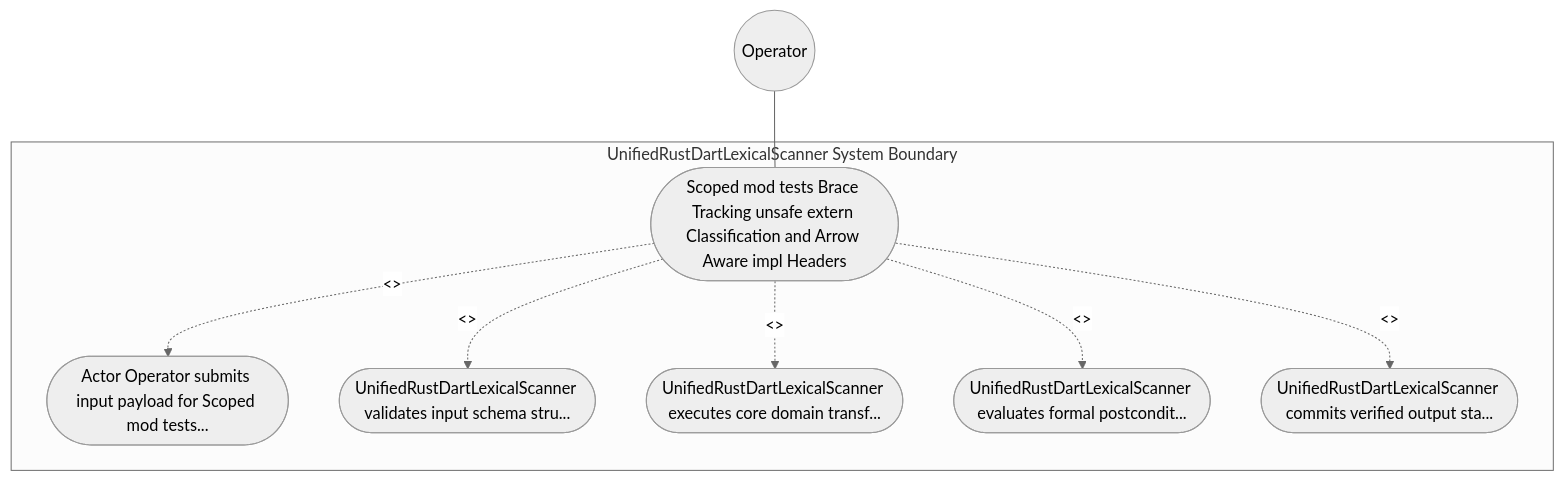
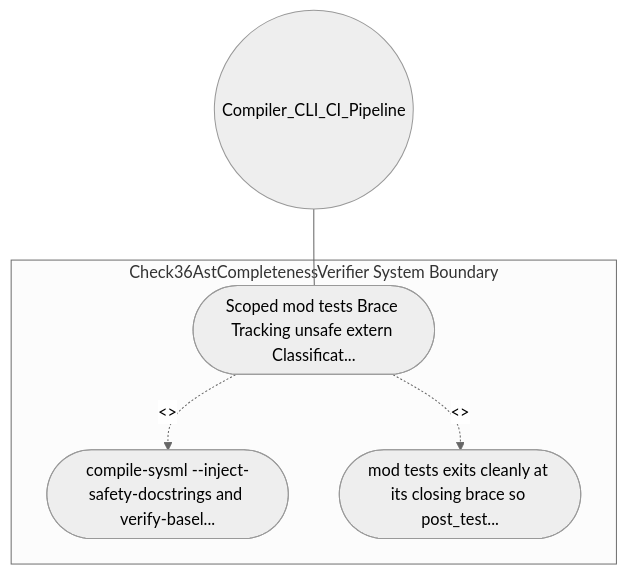
The diagram in .pipeline/upstream/docs/use-cases/UC-23-Scoped_mod_tests_Brace_Tracking_unsafe_extern_Classification_and_Arrow_Aware_impl_Headers.md (gintatkinson/DEAP01-spec-core), drawn with Mermaid (neutral theme) before and after one commit. The commit also changed other lines of this file and 213 other files, not shown here.

````diff
--- a/.pipeline/upstream/docs/use-cases/UC-23-Scoped_mod_tests_Brace_Tracking_unsafe_extern_Classification_and_Arrow_Aware_impl_Headers.md
+++ b/.pipeline/upstream/docs/use-cases/UC-23-Scoped_mod_tests_Brace_Tracking_unsafe_extern_Classification_and_Arrow_Aware_impl_Headers.md
@@ -16,17 +16,11 @@
 ```mermaid
 graph TD
-    subgraph "UnifiedRustDartLexicalScanner System Boundary"
-        UC_Main(["Scoped mod tests Brace Tracking unsafe extern Classification and Arrow Aware impl Headers"])
-        UC_Step01(["Actor Operator submits input payload for Scoped mod tests..."])
-        UC_Step02(["UnifiedRustDartLexicalScanner validates input schema stru..."])
-        UC_Step03(["UnifiedRustDartLexicalScanner executes core domain transf..."])
-        UC_Step04(["UnifiedRustDartLexicalScanner evaluates formal postcondit..."])
-        UC_Step05(["UnifiedRustDartLexicalScanner commits verified output sta..."])
+    subgraph "Check36AstCompletenessVerifier System Boundary"
+        UC_Main(["Scoped mod tests Brace Tracking unsafe extern Classificat..."])
+        UC_Step01(["compile-sysml --inject-safety-docstrings and verify-basel..."])
+        UC_Step02(["mod tests exits cleanly at its closing brace so post_test..."])
     end
-    Operator(("Operator")) --- UC_Main
+    Compiler_CLI_CI_Pipeline(("Compiler_CLI_CI_Pipeline")) --- UC_Main
     UC_Main -. "<<include>>" .-> UC_Step01
     UC_Main -. "<<include>>" .-> UC_Step02
-    UC_Main -. "<<include>>" .-> UC_Step03
-    UC_Main -. "<<include>>" .-> UC_Step04
-    UC_Main -. "<<include>>" .-> UC_Step05
 ```
````
